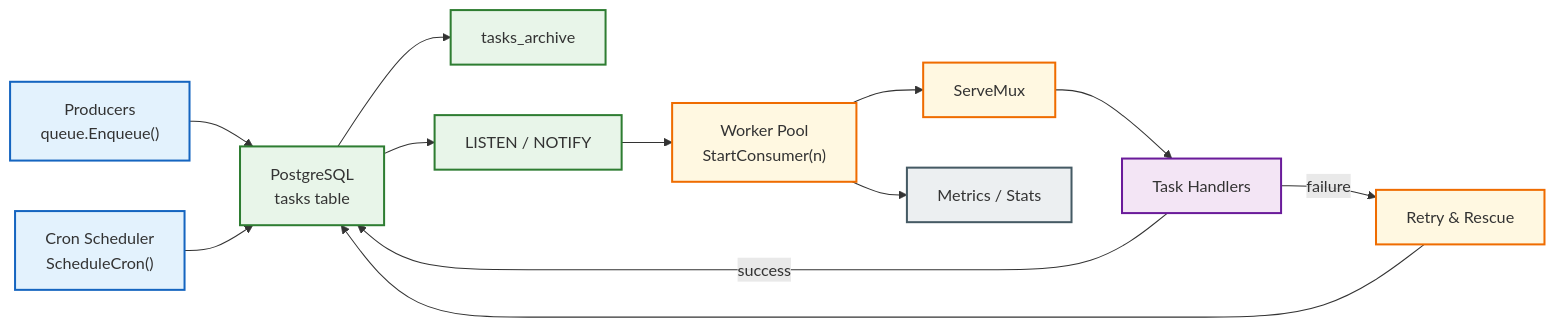
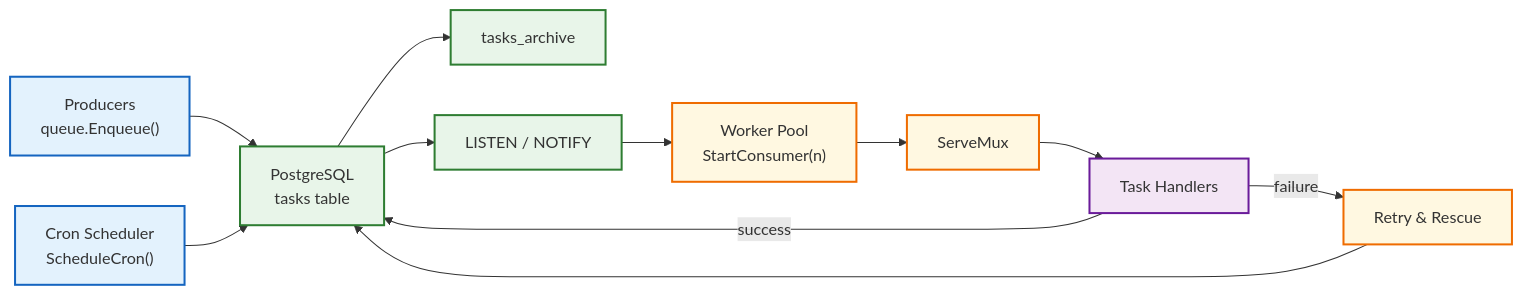
Before and after one commit to i-christian/pgqueue: the diagram in README.md, drawn with Mermaid. The commit also changed other lines of this file and 5 other files, not shown here.

`````diff
--- a/README.md
+++ b/README.md
@@ -49,42 +50,38 @@
 ```mermaid
 flowchart LR
     %% Nodes
     P["Producers<br/>queue.Enqueue()"]
     C["Cron Scheduler<br/>ScheduleCron()"]
 
     T["PostgreSQL<br/>tasks table"]
     A["tasks_archive"]
     N["LISTEN / NOTIFY"]
 
     W["Worker Pool<br/>StartConsumer(n)"]
     M["ServeMux"]
     H["Task Handlers"]
     R["Retry & Rescue"]
-    S["Metrics / Stats"]
 
     %% Flows
     P --> T
     C --> T
     T --> N
     N --> W
     W --> M
     M --> H
     H -->|success| T
     H -->|failure| R
     R --> T
     T --> A
-    W --> S
 
     %% Styles
     classDef producer fill:#E3F2FD,stroke:#1565C0,stroke-width:2px;
     classDef postgres fill:#E8F5E9,stroke:#2E7D32,stroke-width:2px;
     classDef worker fill:#FFF8E1,stroke:#EF6C00,stroke-width:2px;
     classDef handler fill:#F3E5F5,stroke:#6A1B9A,stroke-width:2px;
-    classDef metrics fill:#ECEFF1,stroke:#455A64,stroke-width:2px;
 
     class P,C producer;
     class T,A,N postgres;
     class W,M,R worker;
     class H handler;
-    class S metrics;  
-```
+````
`````
